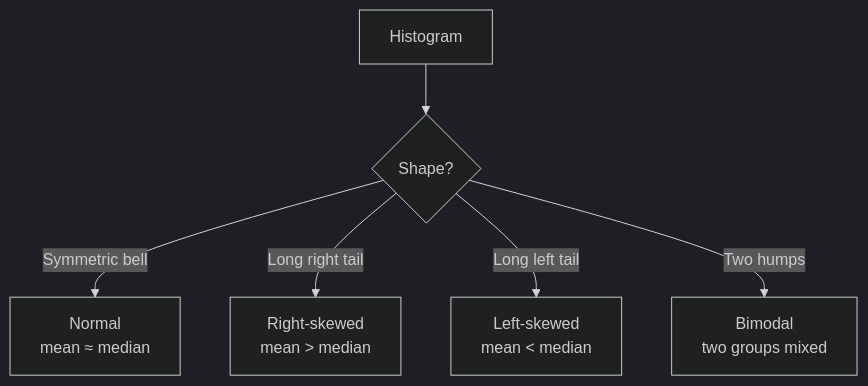
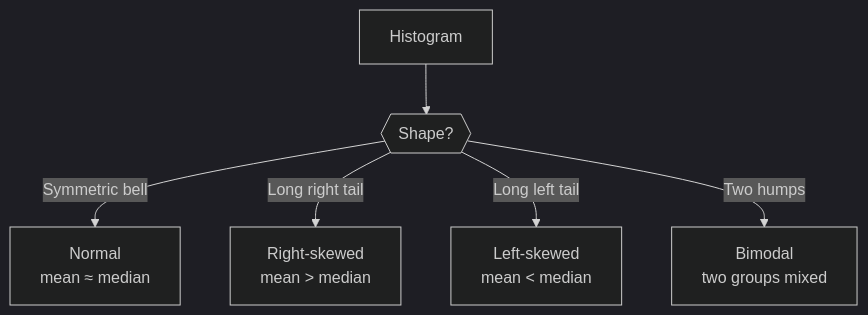
Before and after one commit to ritzrmx/Masai_Curriculum: the third of 3 diagrams in IITP_AIML_Regional/IITP-AIMLT-2606/Module 1- Foundations of Data/Session 13- EDA & Business Thinking/pre-read: EDA & Business Thinking.md, drawn with Mermaid (dark theme). The commit also changed other lines of this file and 38 other files, not shown here.

````diff
--- a/IITP_AIML_Regional/IITP-AIMLT-2606/Module 1- Foundations of Data/Session 13- EDA & Business Thinking/pre-read: EDA & Business Thinking.md
+++ b/IITP_AIML_Regional/IITP-AIMLT-2606/Module 1- Foundations of Data/Session 13- EDA & Business Thinking/pre-read: EDA & Business Thinking.md
@@ -103,8 +96,8 @@
 ```mermaid
 flowchart TD
-    H[Histogram] --> S{Shape?}
+    H[Histogram] --> S{{Shape?}}
     S -->|Symmetric bell| N["Normal<br/>mean ≈ median"]
     S -->|Long right tail| RS["Right-skewed<br/>mean > median"]
     S -->|Long left tail| LS["Left-skewed<br/>mean < median"]
     S -->|Two humps| B["Bimodal<br/>two groups mixed"]
 ```
````
